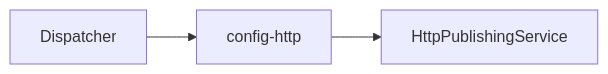
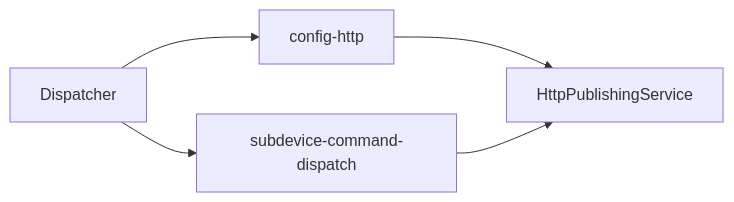
Before and after one commit to mplogas/ecowitt-controller: the seventh of 9 diagrams in docs/architecture.md, drawn with Mermaid. The commit also changed other lines of this file and 2 other files, not shown here.

````diff
--- a/docs/architecture.md
+++ b/docs/architecture.md
@@ -65,4 +109,5 @@
 ```mermaid
 flowchart LR
     DISP[Dispatcher] --> CHTTP[config-http] --> HTTP[HttpPublishingService]
+    DISP --> SCD[subdevice-command-dispatch] --> HTTP
 ```
````
